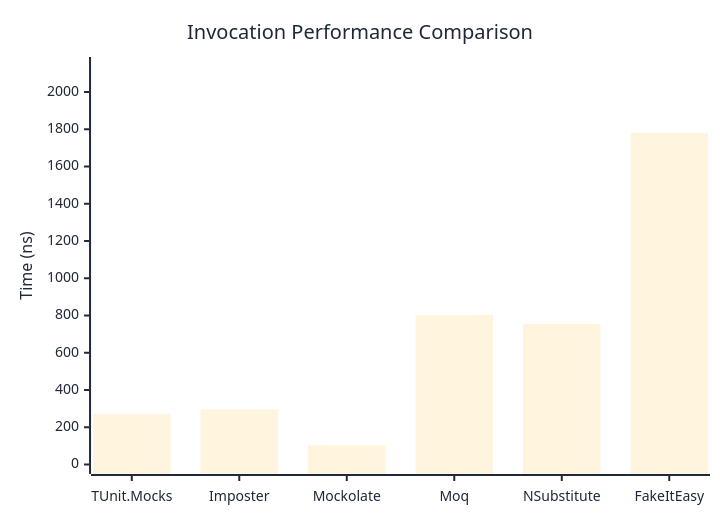
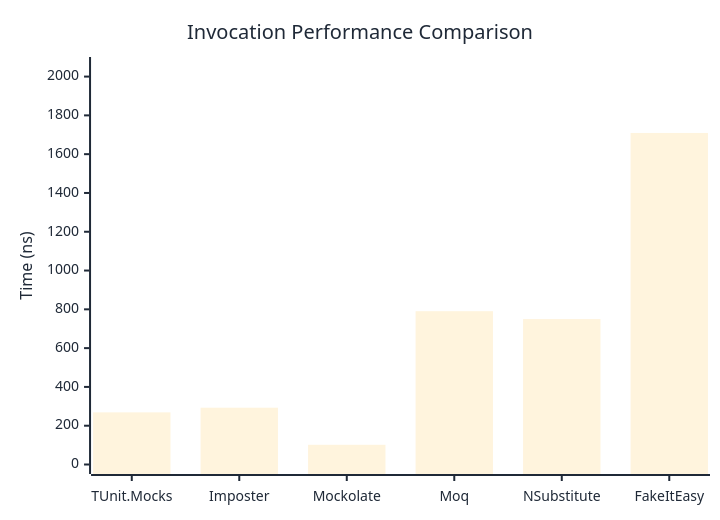
Before and after one commit to thomhurst/TUnit: the first of 3 diagrams in docs/docs/benchmarks/mocks/Invocation.md, drawn with Mermaid. The commit also changed other lines of this file and 14 other files, not shown here.

````diff
--- a/docs/docs/benchmarks/mocks/Invocation.md
+++ b/docs/docs/benchmarks/mocks/Invocation.md
@@ -30,27 +30,27 @@
 ```mermaid
 %%{init: {
   'theme':'base',
   'themeVariables': {
     'primaryColor': '#2563eb',
     'primaryTextColor': '#1f2937',
     'primaryBorderColor': '#1e40af',
     'lineColor': '#6b7280',
     'secondaryColor': '#7c3aed',
     'tertiaryColor': '#dc2626',
     'background': '#ffffff',
     'pie1': '#2563eb',
     'pie2': '#7c3aed',
     'pie3': '#dc2626',
     'pie4': '#f59e0b',
     'pie5': '#10b981',
     'pie6': '#06b6d4',
     'pie7': '#ec4899',
     'pie8': '#6366f1'
   }
 }}%%
 xychart-beta
   title "Invocation Performance Comparison"
   x-axis ["TUnit.Mocks", "Imposter", "Mockolate", "Moq", "NSubstitute", "FakeItEasy"]
-  y-axis "Time (ns)" 0 --> 2137
-  bar [270.29, 295.83, 103.37, 803.05, 755.36, 1780.24]
+  y-axis "Time (ns)" 0 --> 2052
+  bar [268.85, 292.85, 101.62, 790.46, 749.79, 1709.31]
 ```
````
